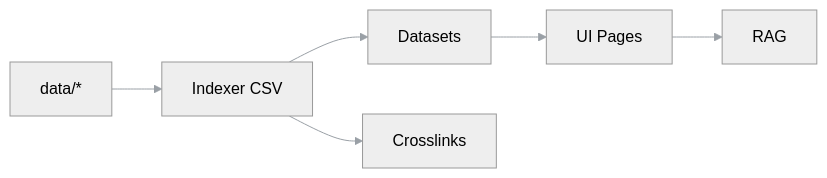
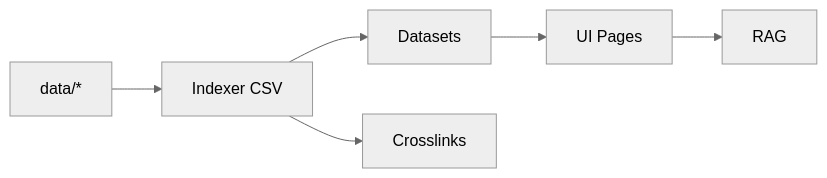
One commit to lukaszj321/otcv8-dev changed the third of 4 diagrams in .github/instructions/chapter_11_data_docs_export_kit_authoring_agent_ready.md. Above: the diagram before and after it, drawn with Mermaid. The commit also changed other lines of this file and 121 other files, not shown here.

````diff
--- a/.github/instructions/chapter_11_data_docs_export_kit_authoring_agent_ready.md
+++ b/.github/instructions/chapter_11_data_docs_export_kit_authoring_agent_ready.md
@@ -226,9 +675,9 @@
 ```{mermaid}
-%%{init: { 'theme': 'neutral', 'themeVariables': { 'primaryTextColor': '#ddd', 'lineColor': '#9aa0a6' } }}%%
+%%{init: { 'theme': 'neutral' }}%%
 flowchart LR
   A[data/*] --> B[Indexer CSV]
   B --> C[Datasets]
   C --> D[UI Pages]
   B --> E[Crosslinks]
   D --> F[RAG]
 ```
````
